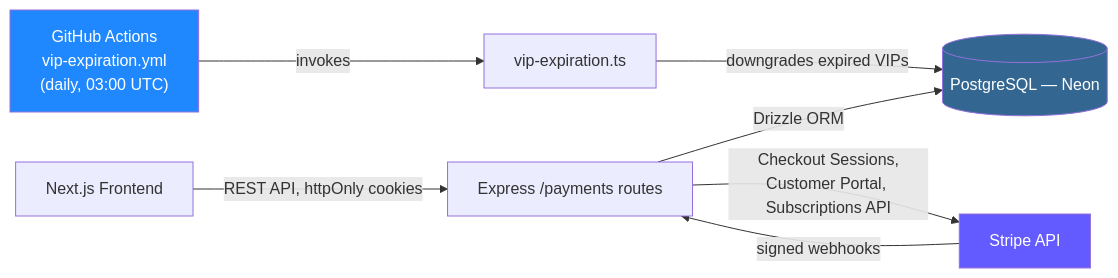
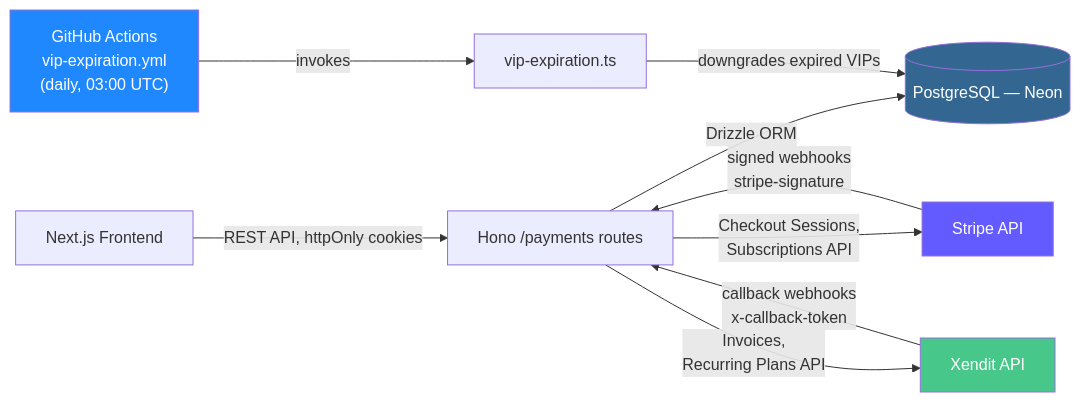
The first of 8 diagrams in docs/architecture/PAYMENTS_ARCHITECTURE_BACKEND.md (txufiknr/Twistloom-backend), drawn with Mermaid before and after one commit. The commit also changed other lines of this file and 34 other files, not shown here.

````diff
--- a/docs/architecture/PAYMENTS_ARCHITECTURE_BACKEND.md
+++ b/docs/architecture/PAYMENTS_ARCHITECTURE_BACKEND.md
@@ -34,13 +39,16 @@
 ```mermaid
 graph LR
-    Client["Next.js Frontend"] -->|REST API, httpOnly cookies| API["Express /payments routes"]
+    Client["Next.js Frontend"] -->|REST API, httpOnly cookies| API["Hono /payments routes"]
     API -->|Drizzle ORM| DB[("PostgreSQL — Neon")]
-    API -->|Checkout Sessions,<br/>Customer Portal, Subscriptions API| Stripe["Stripe API"]
-    Stripe -->|signed webhooks| API
+    API -->|Checkout Sessions,<br/>Subscriptions API| Stripe["Stripe API"]
+    API -->|Invoices,<br/>Recurring Plans API| Xendit["Xendit API"]
+    Stripe -->|signed webhooks<br/>stripe-signature| API
+    Xendit -->|callback webhooks<br/>x-callback-token| API
     Cron["GitHub Actions<br/>vip-expiration.yml<br/>(daily, 03:00 UTC)"] -->|invokes| CronScript["vip-expiration.ts"]
     CronScript -->|downgrades expired VIPs| DB
 
     style Stripe fill:#635BFF,color:#fff
+    style Xendit fill:#47C78A,color:#fff
     style DB fill:#336791,color:#fff
     style Cron fill:#2088FF,color:#fff
 ```
````
